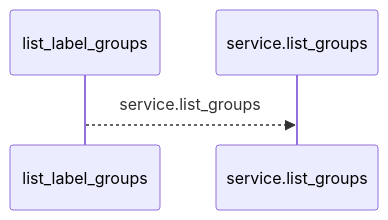
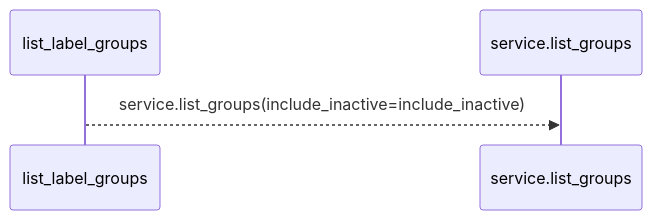
The first of 2 diagrams in docs/llm_wiki/flows/http-list_label_groups.md (Denissvgn/WorkChord), drawn with Mermaid before and after one commit. The commit also changed other lines of this file and 25171 other files, not shown here.

````diff
--- a/docs/llm_wiki/flows/http-list_label_groups.md
+++ b/docs/llm_wiki/flows/http-list_label_groups.md
@@ -10,6 +12,6 @@
 ```mermaid
 sequenceDiagram
     participant p0 as list_label_groups
     participant p1 as service.list_groups
-    p0-->>p1: service.list_groups
+    p0-->>p1: service.list_groups(include_inactive=include_inactive)
 ```
````
